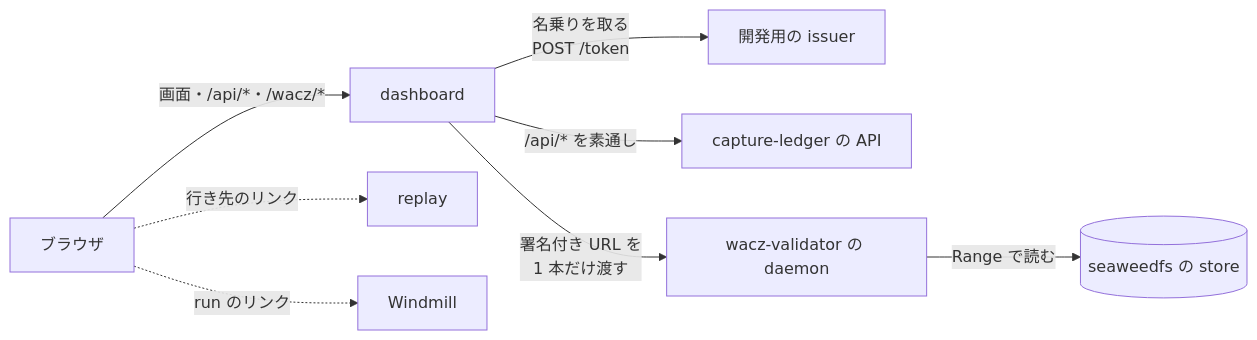
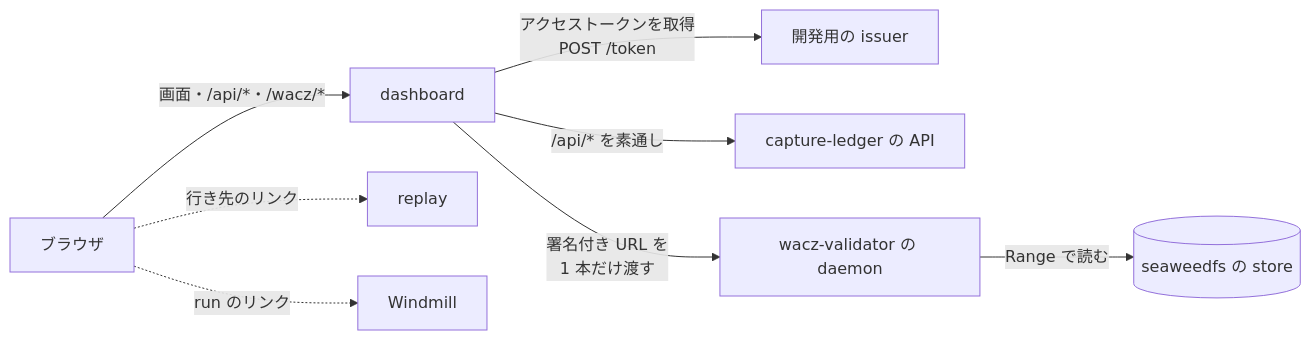
Before and after one commit to uraitakahito/dashboard: the diagram in docs-site/src/content/docs/ja/index.md, drawn with Mermaid. The commit also changed other lines of this file and 12 other files, not shown here.

````diff
--- a/docs-site/src/content/docs/ja/index.md
+++ b/docs-site/src/content/docs/ja/index.md
@@ -21,10 +21,10 @@
 ```mermaid
 flowchart LR
   B["ブラウザ"] -->|"画面・/api/*・/wacz/*"| D["dashboard"]
-  D -->|"名乗りを取る<br/>POST /token"| I["開発用の issuer"]
+  D -->|"アクセストークンを取得<br/>POST /token"| I["開発用の issuer"]
   D -->|"/api/* を素通し"| L["capture-ledger の API"]
   D -->|"署名付き URL を<br/>1 本だけ渡す"| V["wacz-validator の daemon"]
   V -->|"Range で読む"| S[("seaweedfs の store")]
   B -.->|"行き先のリンク"| R["replay"]
   B -.->|"run のリンク"| W["Windmill"]
 ```
````
